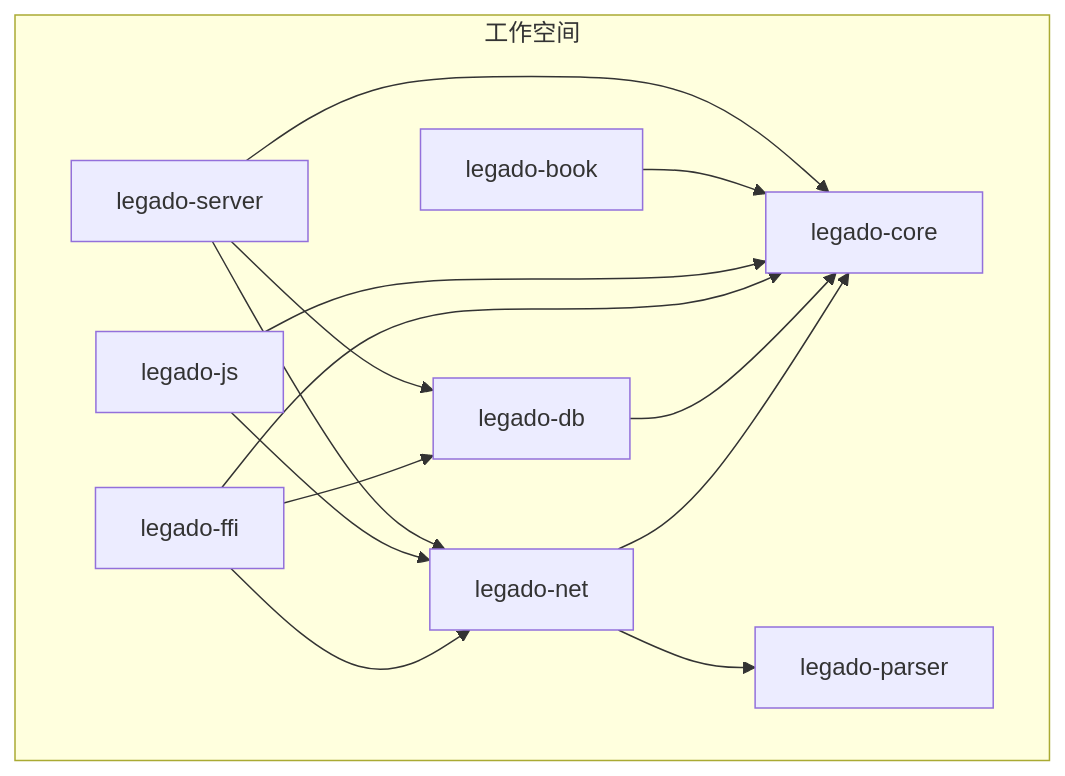
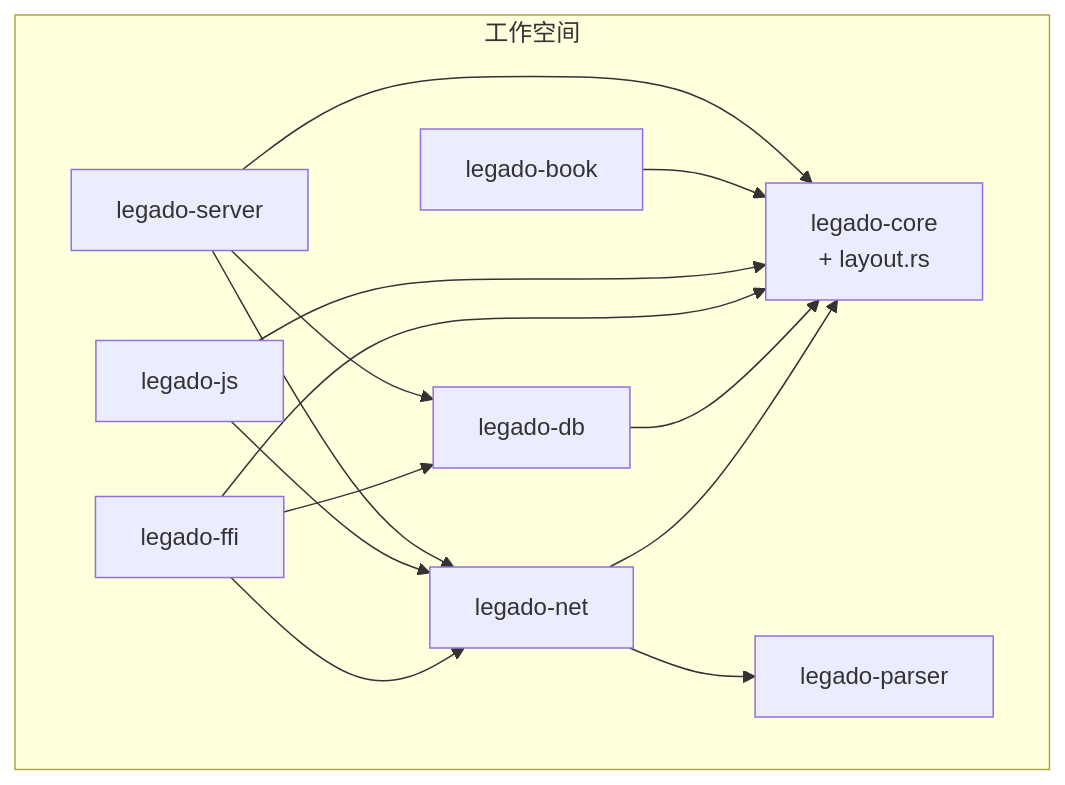
One commit to ZhangGHGitHub/LegadoTeamFlutter changed the first of 6 diagrams in .qoder/repowiki/zh/content/开发指南/项目结构/Rust核心库结构.md. Above: the diagram before and after it, drawn with Mermaid. The commit also changed other lines of this file and 66 other files, not shown here.

````diff
--- a/.qoder/repowiki/zh/content/开发指南/项目结构/Rust核心库结构.md
+++ b/.qoder/repowiki/zh/content/开发指南/项目结构/Rust核心库结构.md
@@ -45,25 +55,25 @@
 ```mermaid
 graph TB
 subgraph "工作空间"
-A["legado-core"]
+A["legado-core<br/>+ layout.rs"]
 B["legado-db"]
 C["legado-net"]
 D["legado-parser"]
 E["legado-ffi"]
 F["legado-js"]
 G["legado-book"]
 H["legado-server"]
 end
 C --> D
 C --> A
 B --> A
 E --> A
 E --> B
 E --> C
 F --> A
 F --> C
 G --> A
 H --> A
 H --> B
 H --> C
 ```
````
